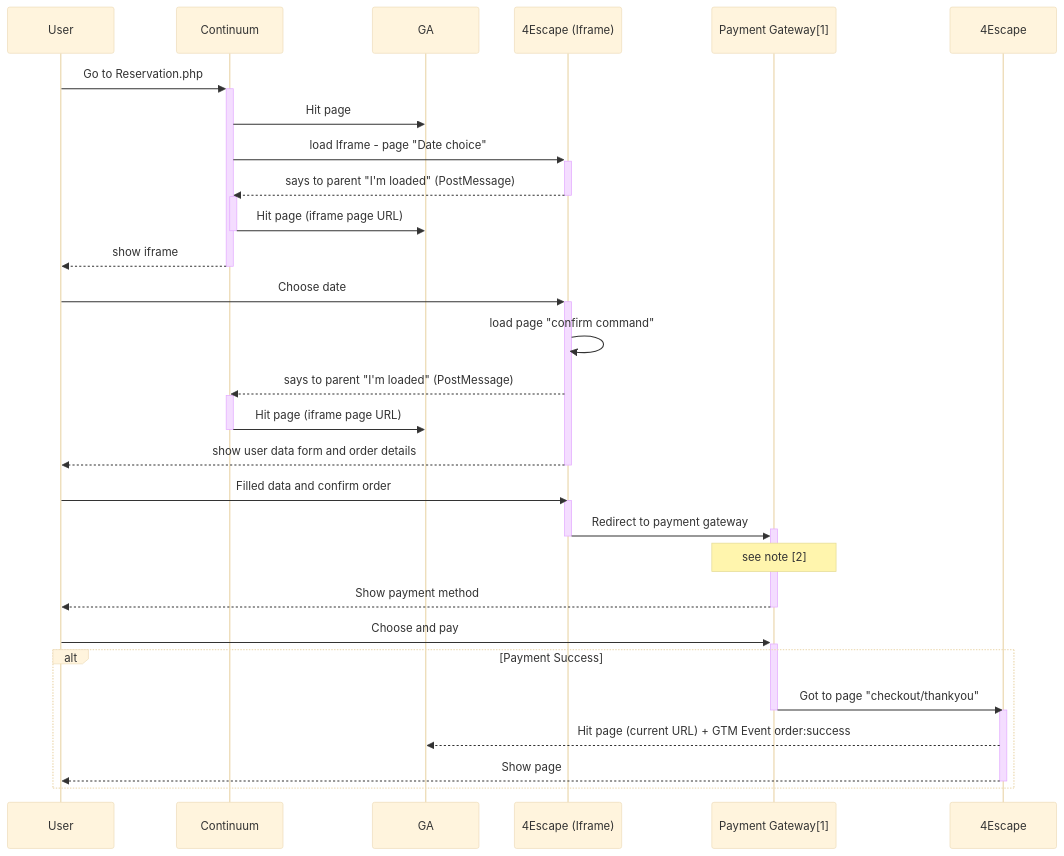
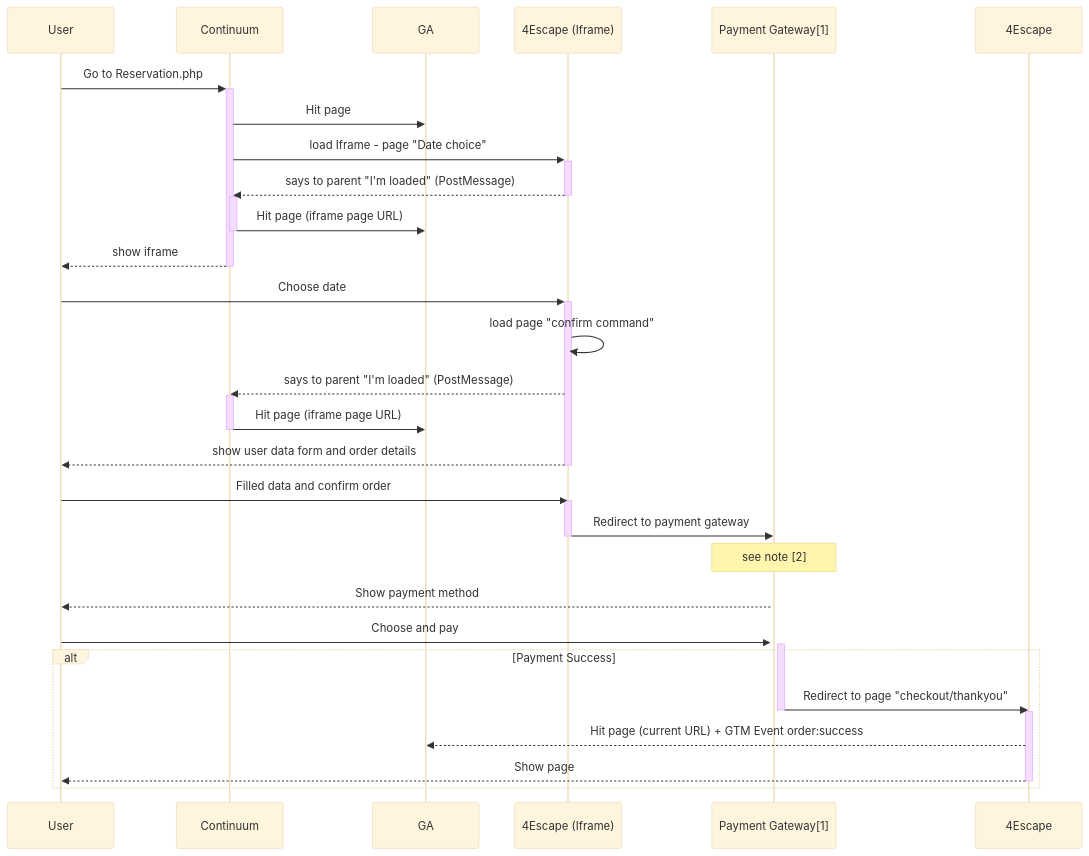
One commit to NansPellicari/stackEdit changed the diagram in doc/continuum/Sequence-session.md. Above: the diagram before and after it, drawn with Mermaid (base theme). The commit also changed other lines of this file, not shown here.

Commit message:
doc/continuum/Sequence-session.md updated from https://stackedit.io/

````diff
--- a/doc/continuum/Sequence-session.md
+++ b/doc/continuum/Sequence-session.md
@@ -1,42 +1,43 @@
 ```mermaid
 sequenceDiagram
 
 User->>+Continuum: Go to Reservation.php
 Continuum->>GA: Hit page
 Continuum->>+4Escape (Iframe): load Iframe - page "Date choice"
 4Escape (Iframe)-->>-Continuum: says to parent "I'm loaded" (PostMessage)
 activate Continuum
 Continuum->>GA: Hit page (iframe page URL)
 deactivate Continuum
 Continuum-->>-User: show iframe
 
 
 User->>+4Escape (Iframe): Choose date
 4Escape (Iframe)->>4Escape (Iframe): load page "confirm command"
 4Escape (Iframe)-->>Continuum: says to parent "I'm loaded" (PostMessage)
 activate Continuum
 Continuum->>GA: Hit page (iframe page URL)
 deactivate Continuum
 4Escape (Iframe)-->>-User: show user data form and order details
 
 
 User->>4Escape (Iframe): Filled data and confirm order
 activate 4Escape (Iframe)
-4Escape (Iframe)->>+Payment Gateway[1]: Redirect to payment gateway 
+4Escape (Iframe)->>Payment Gateway[1]: Redirect to payment gateway 
 deactivate 4Escape (Iframe)
+activate Payment Gateway[1]
 Note over Payment Gateway[1]: see note [2]
-Payment Gateway[1]-->>-User: Show payment method
-
+Payment Gateway[1]-->>User: Show payment method
+activate Payment Gateway[1]
 User->>+Payment Gateway[1]: Choose and pay
 
 
 
 
 alt Payment Success
-	Payment Gateway[1]->>-4Escape: Got to page "checkout/thankyou"
+	Payment Gateway[1]->>-4Escape: Redirect to page "checkout/thankyou"
 	activate 4Escape
 	4Escape-->>GA: Hit page (current URL) + GTM Event order:success
 	4Escape-->>User: Show page
 	deactivate 4Escape
 end
 ```
````
